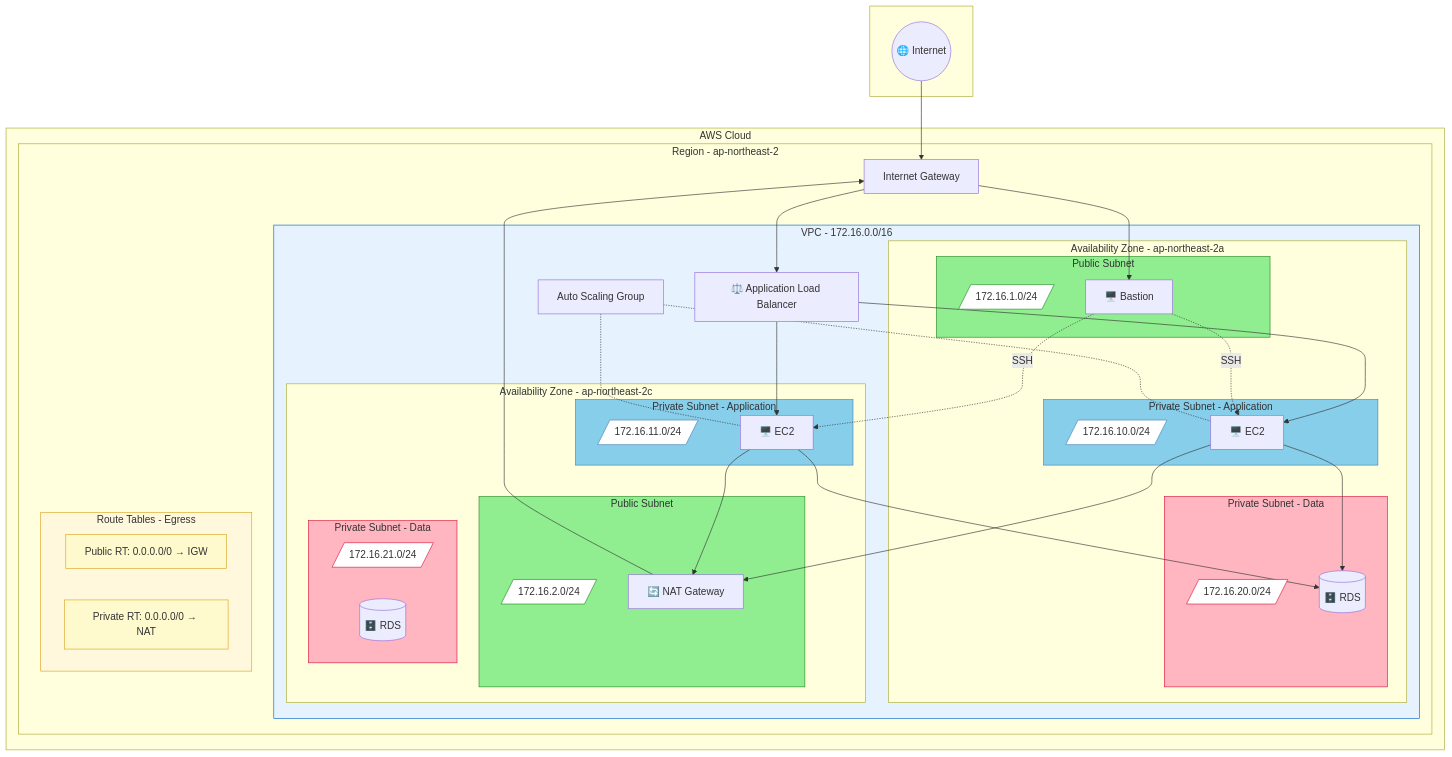
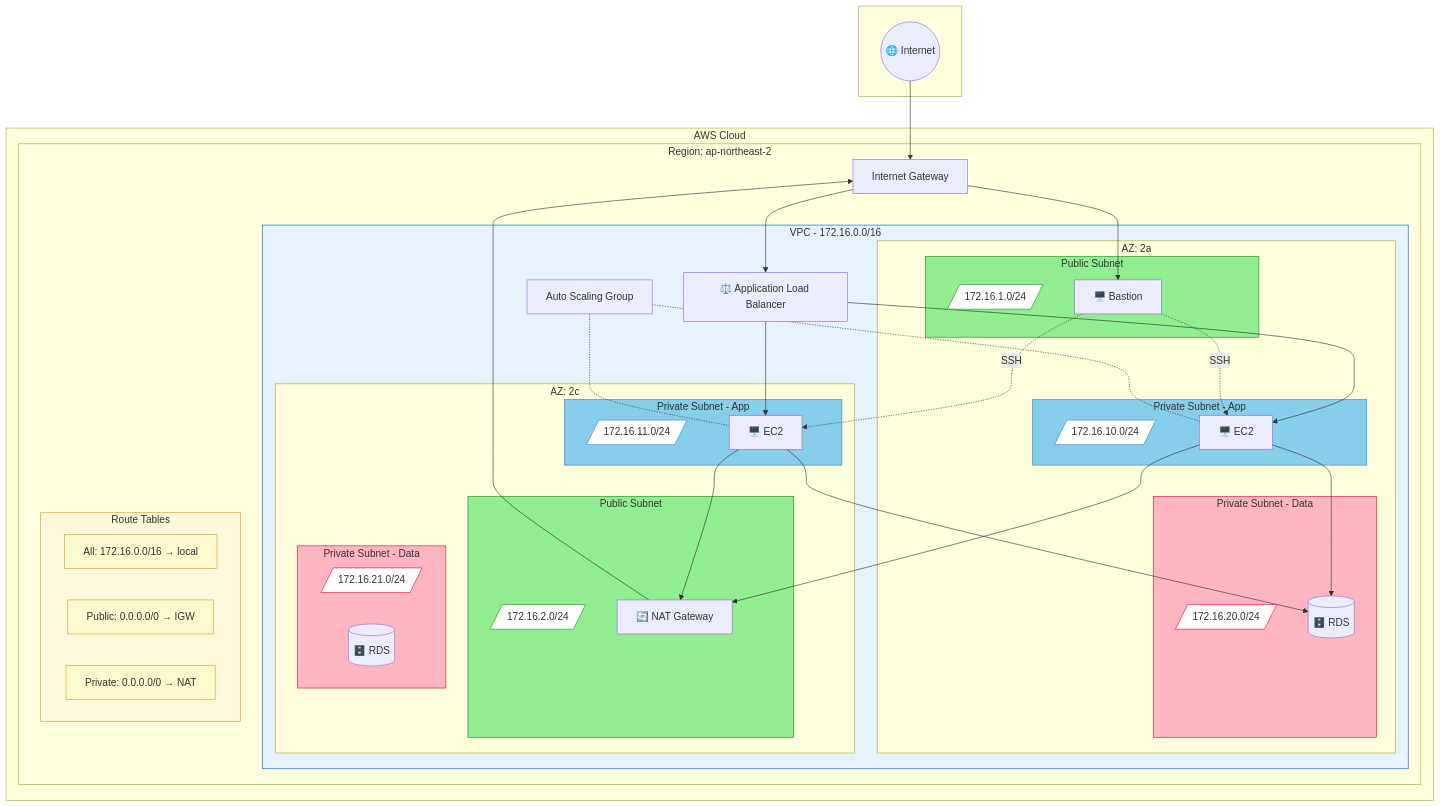
One commit to jihyangleee/AWS-3-Tier-Architecture changed the diagram in README.md. Above: the diagram before and after it, drawn with Mermaid.

Commit message:
add local route

````diff
--- a/README.md
+++ b/README.md
@@ -11,17 +11,17 @@
     end
     
     subgraph AWS["AWS Cloud"]
-        subgraph Region["Region - ap-northeast-2"]
+        subgraph Region["Region: ap-northeast-2"]
             IGW[Internet Gateway]
             
             subgraph VPC["VPC - 172.16.0.0/16"]
-                subgraph AZ1["Availability Zone - ap-northeast-2a"]
+                subgraph AZ1["AZ: 2a"]
                     subgraph PUB1["Public Subnet"]
                         PUB1_CIDR[/"172.16.1.0/24"/]
                         BASTION[🖥️ Bastion]
                     end
                     
-                    subgraph PRIV1["Private Subnet - Application"]
+                    subgraph PRIV1["Private Subnet - App"]
                         PRIV1_CIDR[/"172.16.10.0/24"/]
                         APP1[🖥️ EC2]
                     end
@@ -32,13 +32,13 @@
                     end
                 end
                 
-                subgraph AZ2["Availability Zone - ap-northeast-2c"]
+                subgraph AZ2["AZ: 2c"]
                     subgraph PUB2["Public Subnet"]
                         PUB2_CIDR[/"172.16.2.0/24"/]
                         NAT[🔄 NAT Gateway]
                     end
                     
-                    subgraph PRIV2["Private Subnet - Application"]
+                    subgraph PRIV2["Private Subnet - App"]
                         PRIV2_CIDR[/"172.16.11.0/24"/]
                         APP2[🖥️ EC2]
                     end
@@ -53,9 +53,10 @@
                 ASG[Auto Scaling Group]
             end
 
-            subgraph RT["Route Tables - Egress"]
-                RT_PUB["Public RT: 0.0.0.0/0 → IGW"]
-                RT_PRIV["Private RT: 0.0.0.0/0 → NAT"]
+            subgraph RT["Route Tables"]
+                RT_LOCAL["All: 172.16.0.0/16 → local"]
+                RT_PUB["Public: 0.0.0.0/0 → IGW"]
+                RT_PRIV["Private: 0.0.0.0/0 → NAT"]
             end
         end
     end
@@ -89,6 +90,7 @@
     style DATA1_CIDR fill:#ffffff,stroke:#DC143C
     style DATA2_CIDR fill:#ffffff,stroke:#DC143C
     style RT fill:#FFF8DC,stroke:#DAA520
+    style RT_LOCAL fill:#FFFACD,stroke:#DAA520
     style RT_PUB fill:#FFFACD,stroke:#DAA520
     style RT_PRIV fill:#FFFACD,stroke:#DAA520
 ```
````
